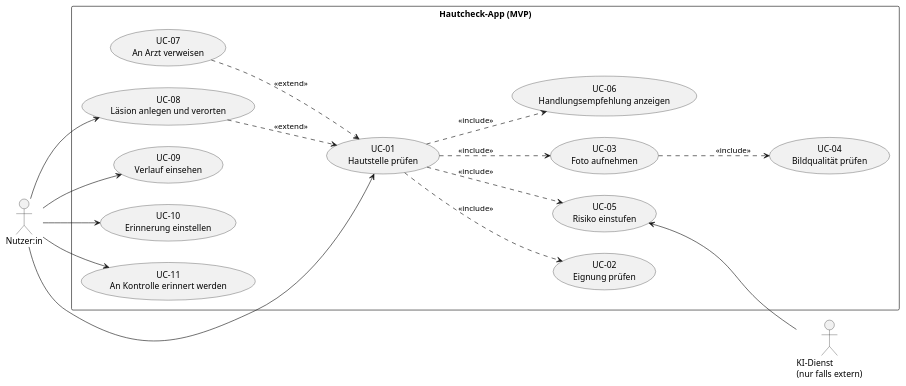
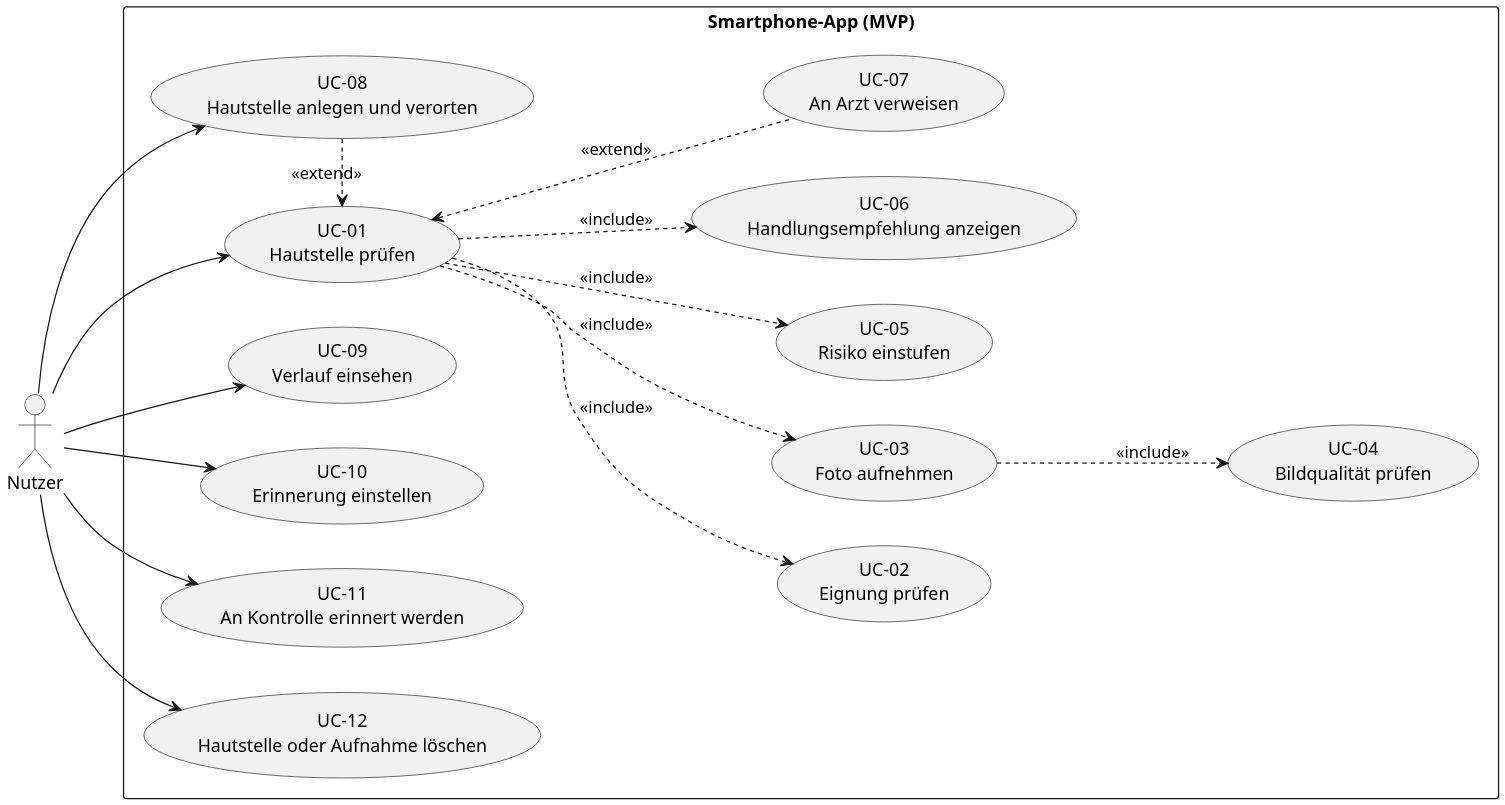
One commit to alexErh/mse-projekt changed the diagram in docs/konzept/use-case-diagramm.puml. Above: the diagram before and after it, drawn with PlantUML. The commit also changed 5 other files, not shown here.

```diff
--- a/docs/konzept/use-case-diagramm.puml
+++ b/docs/konzept/use-case-diagramm.puml
@@ -1,37 +1,39 @@
 @startuml use-case-diagramm
 left to right direction
 skinparam packageStyle rectangle
 skinparam shadowing false
+skinparam defaultFontName Arial
+skinparam dpi 200
 
-actor "Nutzer:in" as Nutzer
-actor "KI-Dienst\n(nur falls extern)" as KI
+actor "Nutzer" as Nutzer
 
-rectangle "Hautcheck-App (MVP)" {
+rectangle "Smartphone-App (MVP)" {
   usecase "UC-01\nHautstelle prüfen" as UC01
   usecase "UC-02\nEignung prüfen" as UC02
   usecase "UC-03\nFoto aufnehmen" as UC03
   usecase "UC-04\nBildqualität prüfen" as UC04
   usecase "UC-05\nRisiko einstufen" as UC05
   usecase "UC-06\nHandlungsempfehlung anzeigen" as UC06
   usecase "UC-07\nAn Arzt verweisen" as UC07
-  usecase "UC-08\nLäsion anlegen und verorten" as UC08
+  usecase "UC-08\nHautstelle anlegen und verorten" as UC08
   usecase "UC-09\nVerlauf einsehen" as UC09
   usecase "UC-10\nErinnerung einstellen" as UC10
   usecase "UC-11\nAn Kontrolle erinnert werden" as UC11
+  usecase "UC-12\nHautstelle oder Aufnahme löschen" as UC12
 }
 
+Nutzer --> UC08
 Nutzer --> UC01
-Nutzer --> UC08
 Nutzer --> UC09
 Nutzer --> UC10
 Nutzer --> UC11
-UC05 <-- KI
+Nutzer --> UC12
 
 UC01 ..> UC02 : <<include>>
 UC01 ..> UC03 : <<include>>
 UC01 ..> UC05 : <<include>>
 UC01 ..> UC06 : <<include>>
 UC03 ..> UC04 : <<include>>
-UC07 ..> UC01 : <<extend>>
-UC08 ..> UC01 : <<extend>>
+UC01 <.. UC07 : <<extend>>
+UC08 .> UC01 : <<extend>>
 @enduml
```
